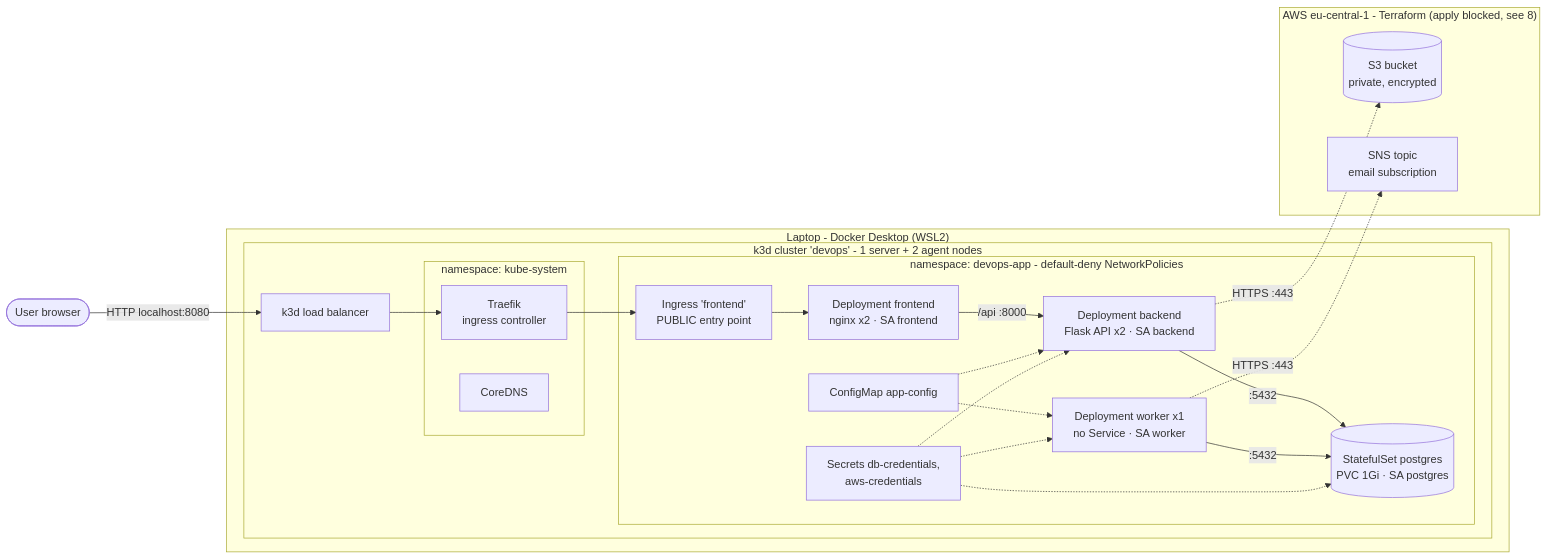
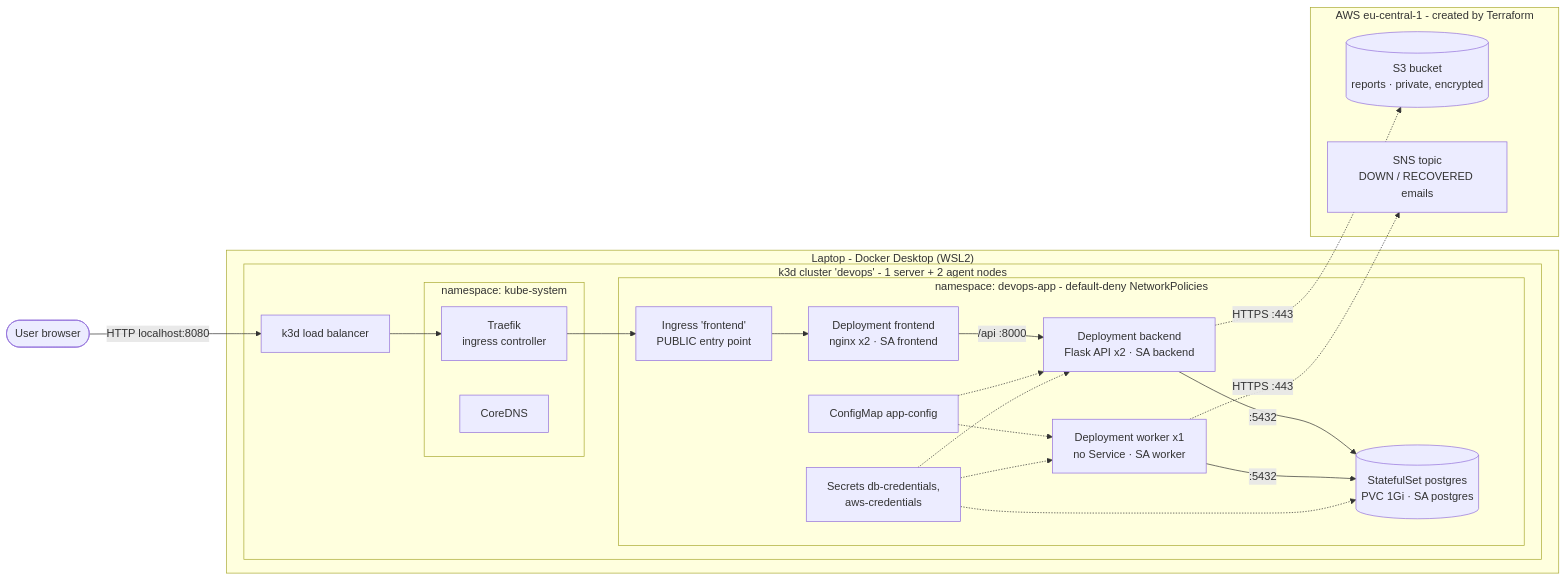
One commit to osk4rum-creator/devops-automation-project changed the first of 3 diagrams in README.md. Above: the diagram before and after it, drawn with Mermaid. The commit also changed other lines of this file and 23 other files, not shown here.

````diff
--- a/README.md
+++ b/README.md
@@ -30,37 +74,37 @@
 ```mermaid
 flowchart LR
   user([User browser]) -->|"HTTP localhost:8080"| lb
 
   subgraph laptop["Laptop - Docker Desktop (WSL2)"]
     subgraph cluster["k3d cluster 'devops' - 1 server + 2 agent nodes"]
       lb["k3d load balancer"]
       subgraph ks["namespace: kube-system"]
         traefik["Traefik<br/>ingress controller"]
         dns["CoreDNS"]
       end
       subgraph ns["namespace: devops-app - default-deny NetworkPolicies"]
         ing["Ingress 'frontend'<br/>PUBLIC entry point"]
         fe["Deployment frontend<br/>nginx x2 · SA frontend"]
         be["Deployment backend<br/>Flask API x2 · SA backend"]
         wk["Deployment worker x1<br/>no Service · SA worker"]
         pg[("StatefulSet postgres<br/>PVC 1Gi · SA postgres")]
         cm["ConfigMap app-config"]
         sec["Secrets db-credentials,<br/>aws-credentials"]
       end
     end
   end
 
-  subgraph aws["AWS eu-central-1 - Terraform (apply blocked, see 8)"]
-    s3[("S3 bucket<br/>private, encrypted")]
-    sns["SNS topic<br/>email subscription"]
+  subgraph aws["AWS eu-central-1 - created by Terraform"]
+    s3[("S3 bucket<br/>reports · private, encrypted")]
+    sns["SNS topic<br/>DOWN / RECOVERED emails"]
   end
 
   lb --> traefik --> ing --> fe
   fe -->|"/api :8000"| be
   be -->|":5432"| pg
   wk -->|":5432"| pg
   be -.->|"HTTPS :443"| s3
   wk -.->|"HTTPS :443"| sns
   cm -.-> be & wk
   sec -.-> be & wk & pg
 ```
````
